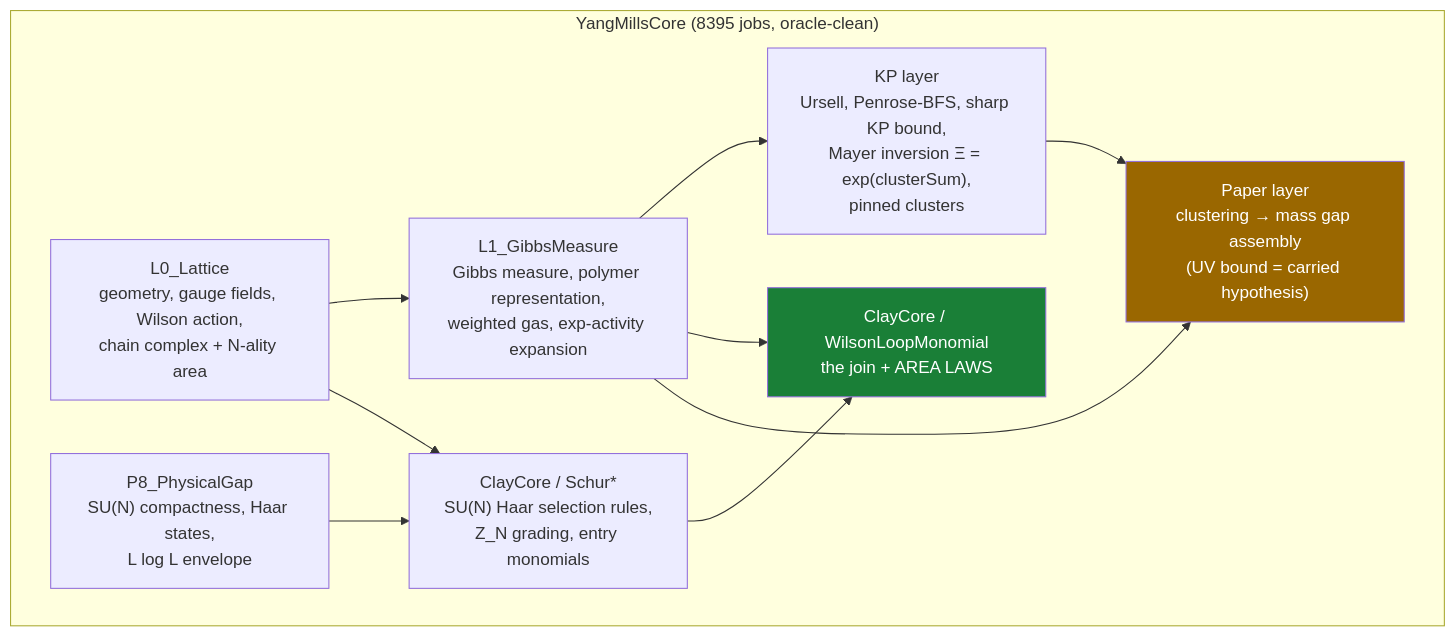
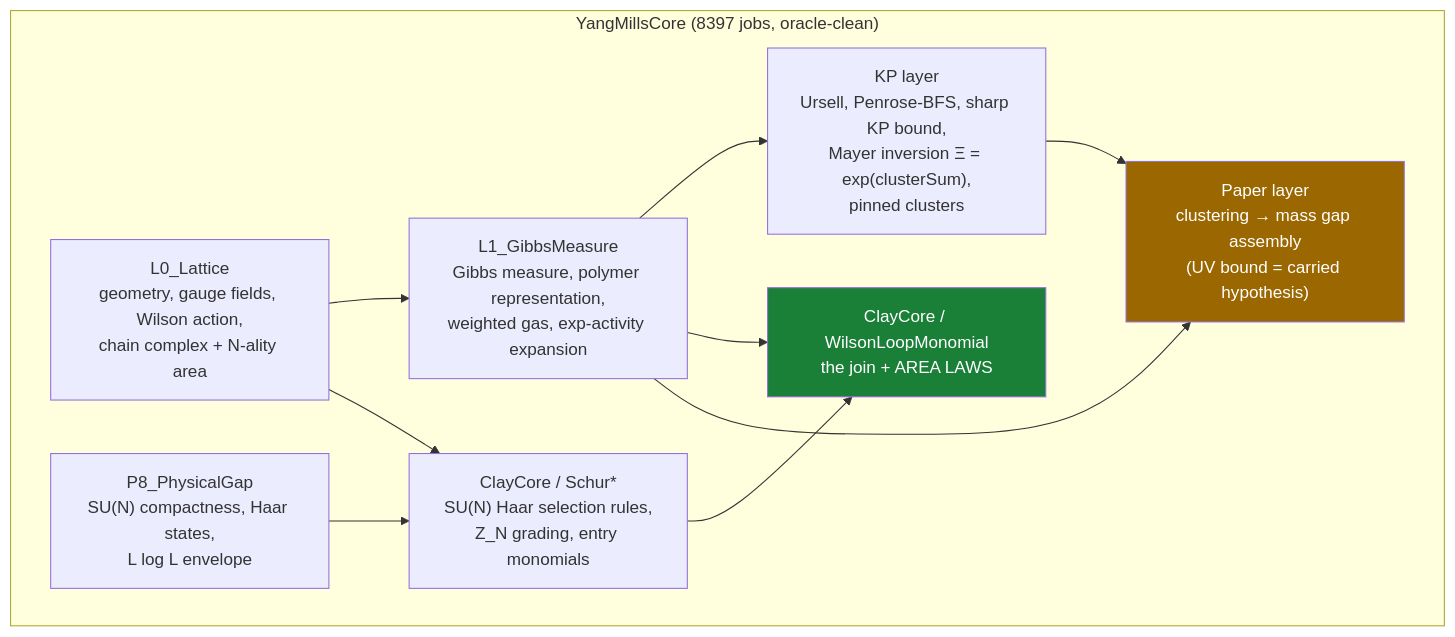
Before and after one commit to lluiseriksson/THE-ERIKSSON-PROGRAMME: the diagram in README.md, drawn with Mermaid. The commit also changed other lines of this file and 12 other files, not shown here.

````diff
--- a/README.md
+++ b/README.md
@@ -363,20 +363,20 @@
 ```mermaid
 graph TD
-    subgraph core["YangMillsCore  (8395 jobs, oracle-clean)"]
+    subgraph core["YangMillsCore  (8397 jobs, oracle-clean)"]
         L0["L0_Lattice<br/>geometry, gauge fields, Wilson action,<br/>chain complex + N-ality area"]
         L1["L1_GibbsMeasure<br/>Gibbs measure, polymer representation,<br/>weighted gas, exp-activity expansion"]
         KP["KP layer<br/>Ursell, Penrose-BFS, sharp KP bound,<br/>Mayer inversion Ξ = exp(clusterSum),<br/>pinned clusters"]
         SCHUR["ClayCore / Schur*<br/>SU(N) Haar selection rules,<br/>Z_N grading, entry monomials"]
         WLM["ClayCore / WilsonLoopMonomial<br/>the join + AREA LAWS"]
         PAPER["Paper layer<br/>clustering → mass gap assembly<br/>(UV bound = carried hypothesis)"]
         P8["P8_PhysicalGap<br/>SU(N) compactness, Haar states,<br/>L log L envelope"]
     end
     L0 --> L1 --> KP
     L0 --> SCHUR --> WLM
     L1 --> WLM
     L1 --> PAPER
     KP --> PAPER
     P8 --> SCHUR
     style WLM fill:#1a7f37,color:#fff
     style PAPER fill:#9a6700,color:#fff
 ```
````
